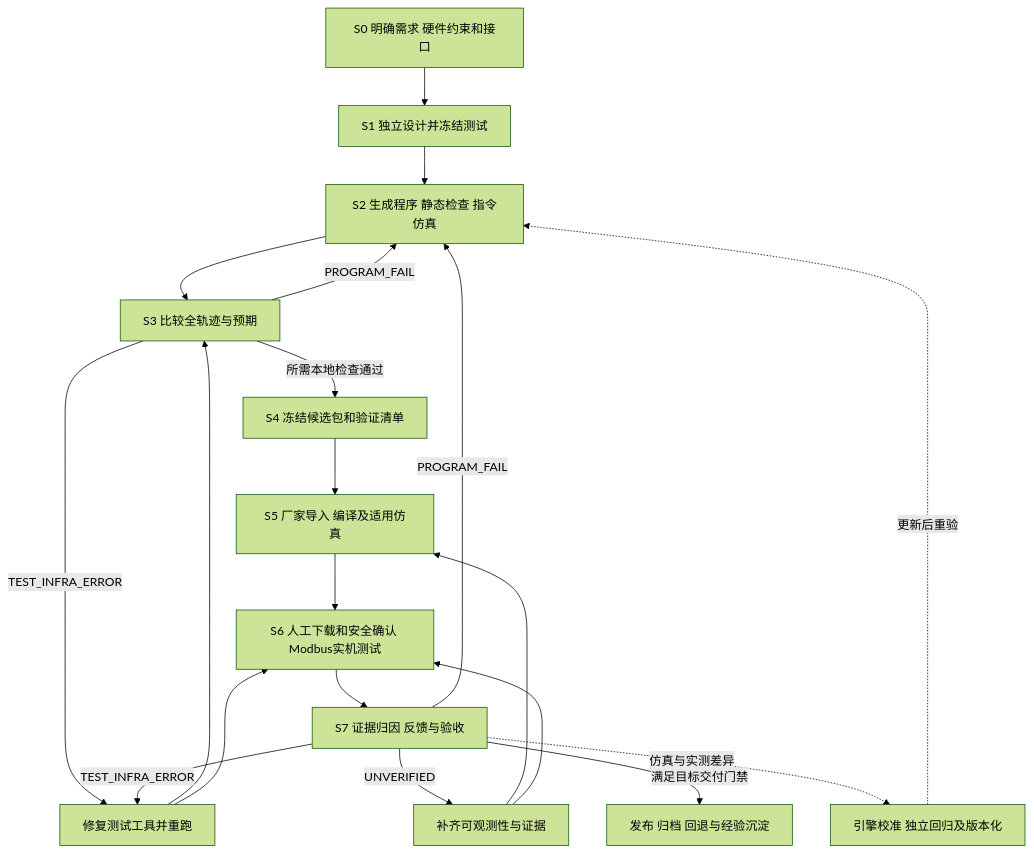
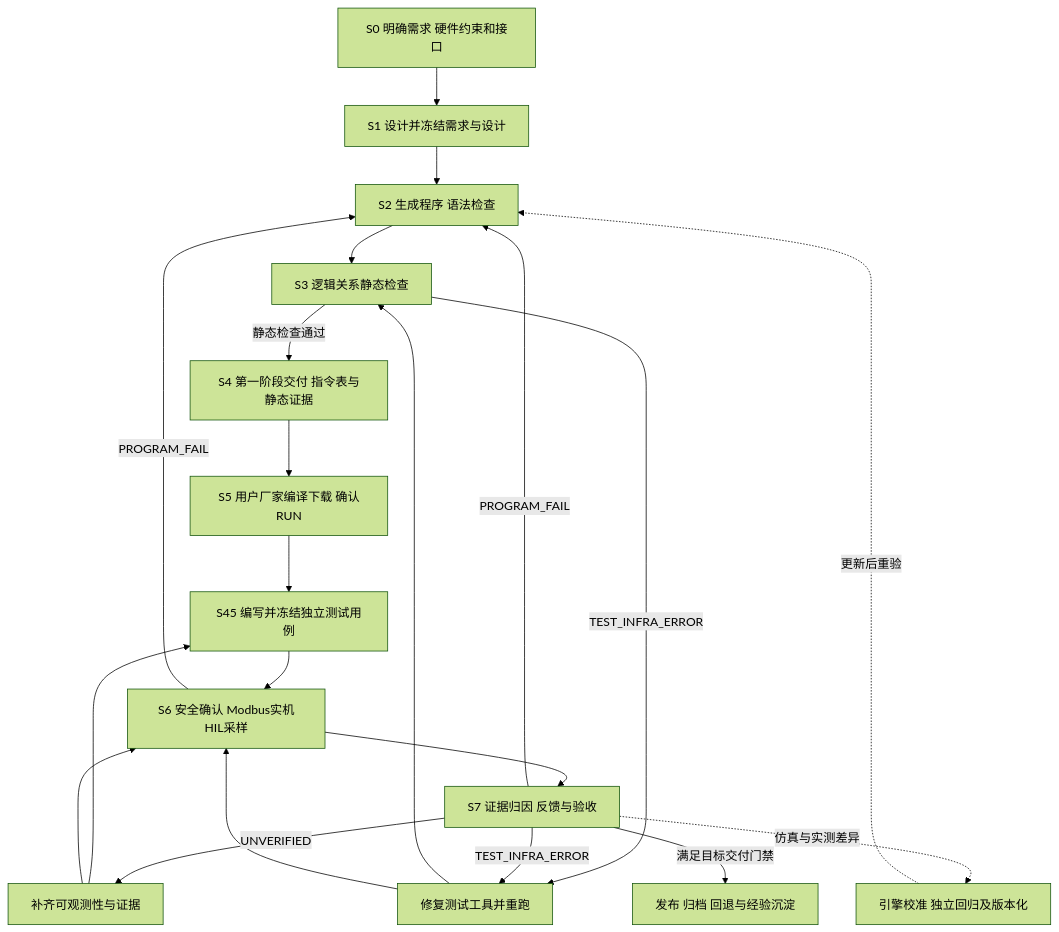
One commit to neolee2018/plcweave changed the diagram in docs/BLUEPRINT.md. Above: the diagram before and after it, drawn with Mermaid (forest theme). The commit also changed other lines of this file and 83 other files, not shown here.

````diff
--- a/docs/BLUEPRINT.md
+++ b/docs/BLUEPRINT.md
@@ -29,22 +29,23 @@
 ```mermaid
 flowchart TD
-    S0[S0 明确需求 硬件约束和接口] --> S1[S1 独立设计并冻结测试]
-    S1 --> S2[S2 生成程序 静态检查 指令仿真]
-    S2 --> S3[S3 比较全轨迹与预期]
-    S3 -->|PROGRAM_FAIL| S2
-    S3 -->|所需本地检查通过| S4[S4 冻结候选包和验证清单]
-    S4 --> S5[S5 厂家导入 编译及适用仿真]
-    S5 --> S6[S6 人工下载和安全确认 Modbus实机测试]
+    S0[S0 明确需求 硬件约束和接口] --> S1[S1 设计并冻结需求与设计]
+    S1 --> S2[S2 生成程序 语法检查]
+    S2 --> S3[S3 逻辑关系静态检查]
+    S3 -->|静态检查通过| S4[S4 第一阶段交付 指令表与静态证据]
+    S4 --> S5[S5 用户厂家编译下载 确认RUN]
+    S5 --> S45[S45 编写并冻结独立测试用例]
+    S45 --> S6[S6 安全确认 Modbus实机HIL采样]
+    S6 -->|PROGRAM_FAIL| S2
     S6 --> S7[S7 证据归因 反馈与验收]
     S7 -->|PROGRAM_FAIL| S2
     S3 -->|TEST_INFRA_ERROR| T[修复测试工具并重跑]
     S7 -->|TEST_INFRA_ERROR| T
     T --> S3
     T --> S6
     S7 -->|UNVERIFIED| E[补齐可观测性与证据]
-    E --> S5
+    E --> S45
     E --> S6
     S7 -->|满足目标交付门禁| R[发布 归档 回退与经验沉淀]
     S7 -.仿真与实测差异.-> C[引擎校准 独立回归及版本化]
     C -.更新后重验.-> S2
 ```
````
